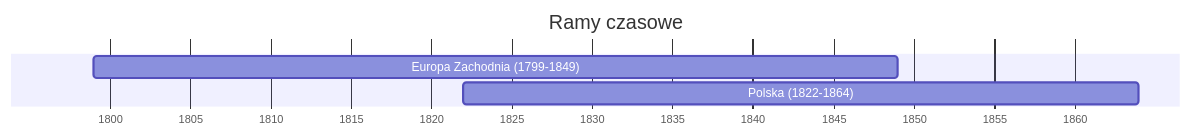
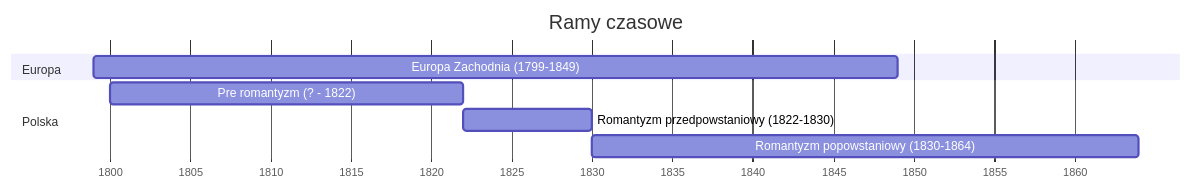
Before and after one commit to CheryX/notes: the diagram in Romantyzm/1.md, drawn with Mermaid. The commit also changed other lines of this file and 4 other files, not shown here.

````diff
--- a/Romantyzm/1.md
+++ b/Romantyzm/1.md
@@ -3,9 +3,14 @@
 ```mermaid
 gantt
     title Ramy czasowe
     dateFormat  YYYY
     axisFormat %Y
+
+	section Europa
+    Europa Zachodnia (1799-1849) : 1799, 18250d
     
-    Europa Zachodnia (1799-1849)            : 1799, 18250d
-    Polska (1822-1864)            : 1822, 15330d
+    section Polska
+    Pre romantyzm (? - 1822) : 1800, 8030d
+    Romantyzm przedpowstaniowy (1822-1830) : 1822, 2920d
+    Romantyzm popowstaniowy (1830-1864) : 1830, 12410d
 ```
````
